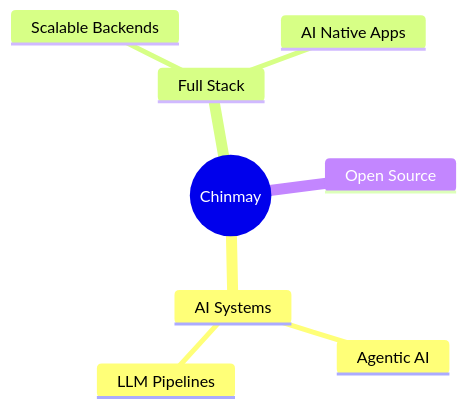
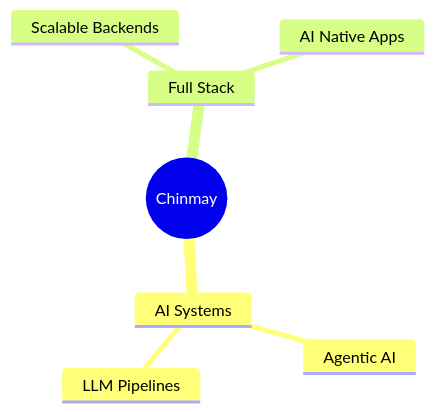
One commit to Chinmay0805/Chinmay0805 changed the diagram in README.md. Above: the diagram before and after it, drawn with Mermaid.

Commit message:
Remove 'Open Source' from README

````diff
--- a/README.md
+++ b/README.md
@@ -93,12 +93,12 @@
 ```mermaid
 mindmap
   root((Chinmay))
     AI Systems
       Agentic AI
       LLM Pipelines
     Full Stack
       Scalable Backends
       AI Native Apps
-    Open Source      
+       
      
 ```
````
